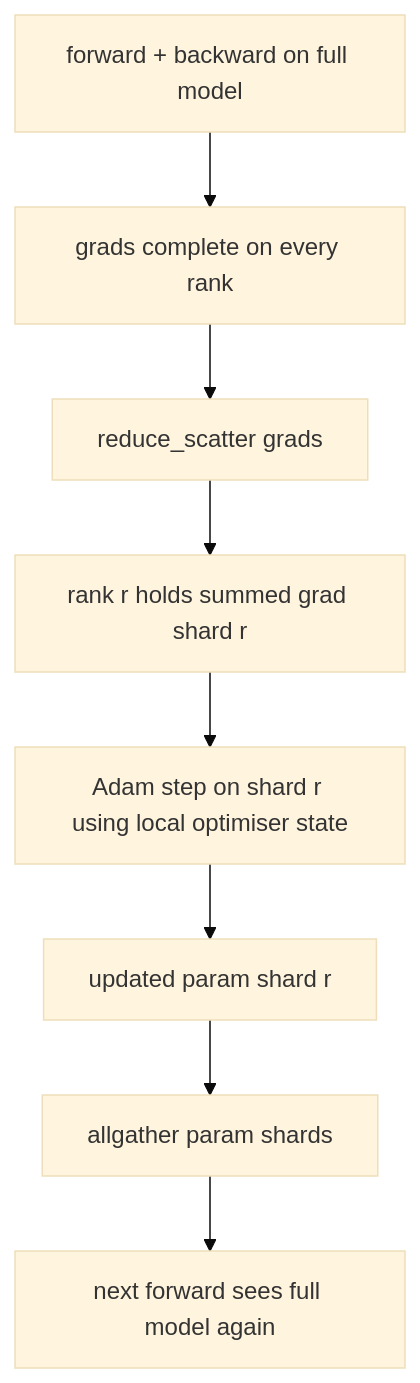
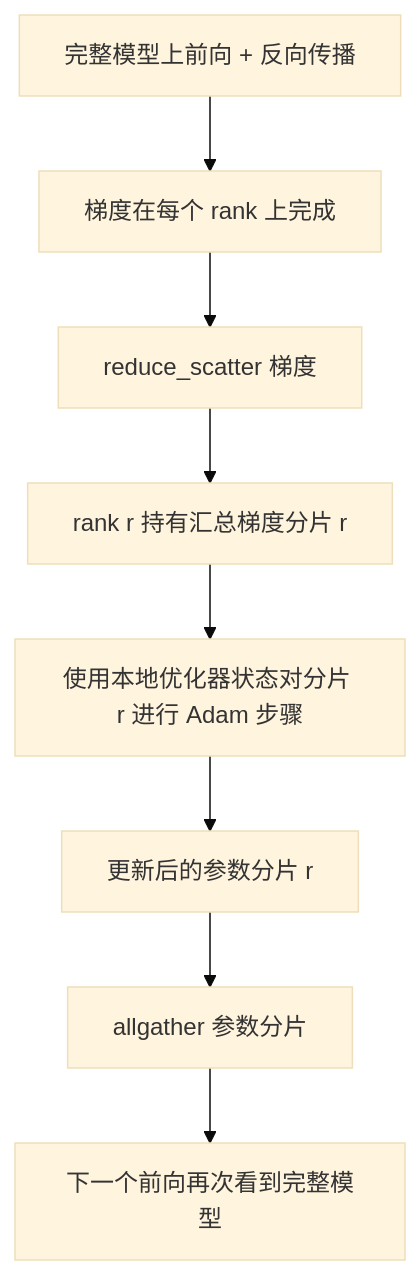
The diagram in lessons/19-capstone-projects/78-zero-parameter-sharding/docs/zh.md (guangningsun/ailearning), drawn with Mermaid (base theme) before and after one commit. The commit also changed other lines of this file and 85 other files, not shown here.

````diff
--- a/lessons/19-capstone-projects/78-zero-parameter-sharding/docs/zh.md
+++ b/lessons/19-capstone-projects/78-zero-parameter-sharding/docs/zh.md
@@ -25,10 +25,10 @@
 ```mermaid
 flowchart TD
-  A[forward + backward on full model] --> B[grads complete on every rank]
-  B --> C[reduce_scatter grads]
-  C --> D[rank r holds summed grad shard r]
-  D --> E[Adam step on shard r using local optimiser state]
-  E --> F[updated param shard r]
-  F --> G[allgather param shards]
-  G --> H[next forward sees full model again]
+  A[完整模型上前向 + 反向传播] --> B[梯度在每个 rank 上完成]
+  B --> C[reduce_scatter 梯度]
+  C --> D[rank r 持有汇总梯度分片 r]
+  D --> E[使用本地优化器状态对分片 r 进行 Adam 步骤]
+  E --> F[更新后的参数分片 r]
+  F --> G[allgather 参数分片]
+  G --> H[下一个前向再次看到完整模型]
 ```
````
